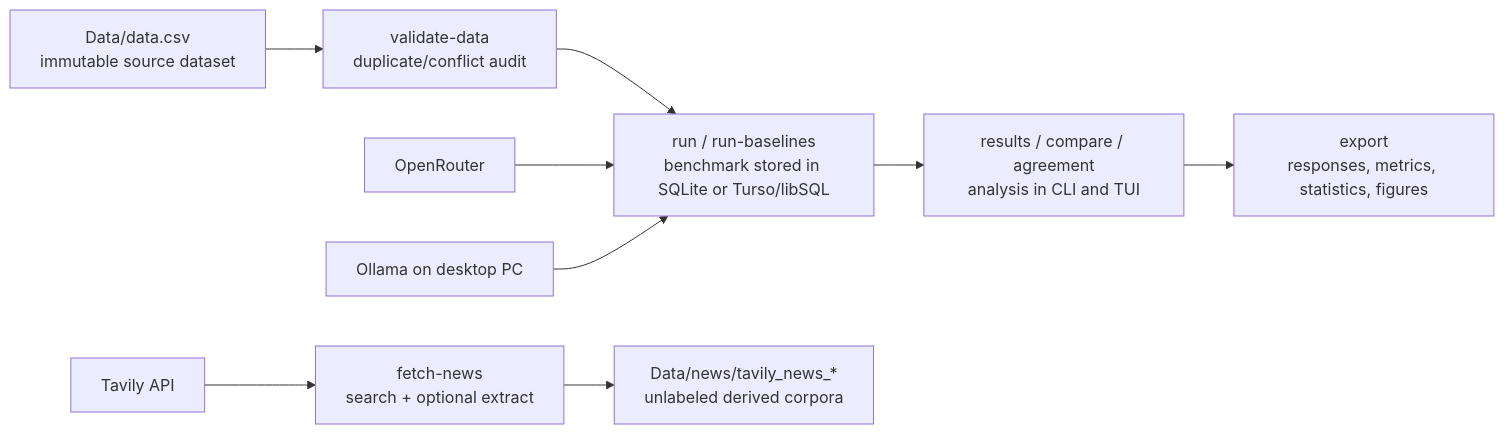
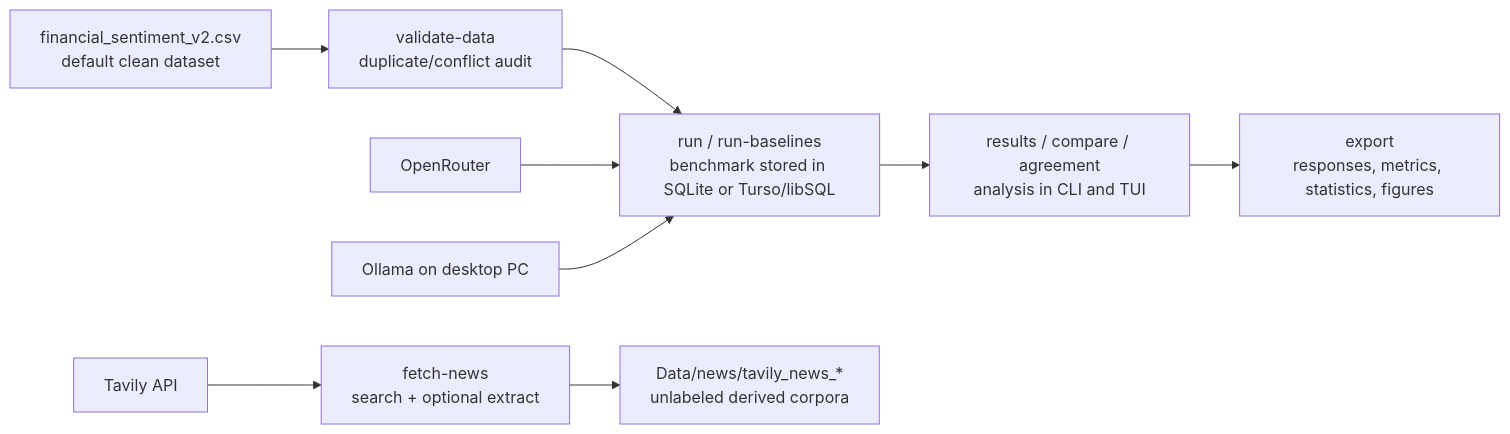
The diagram in README.md (PeterLP123/Sentiment_Dissertation), drawn with Mermaid before and after one commit. The commit also changed other lines of this file and 20 other files, not shown here.

Commit message:
Dataset default changed

````diff
--- a/README.md
+++ b/README.md
@@ -129,11 +129,11 @@
 ```mermaid
 flowchart LR
-    A["Data/data.csv<br/>immutable source dataset"] --> B["validate-data<br/>duplicate/conflict audit"]
+    A["financial_sentiment_v2.csv<br/>default clean dataset"] --> B["validate-data<br/>duplicate/conflict audit"]
     B --> C["run / run-baselines<br/>benchmark stored in SQLite or Turso/libSQL"]
     C --> D["results / compare / agreement<br/>analysis in CLI and TUI"]
     D --> E["export<br/>responses, metrics, statistics, figures"]
     F["Tavily API"] --> G["fetch-news<br/>search + optional extract"]
     G --> H["Data/news/tavily_news_*<br/>unlabeled derived corpora"]
     I["OpenRouter"] --> C
     J["Ollama on desktop PC"] --> C
 ```
````
